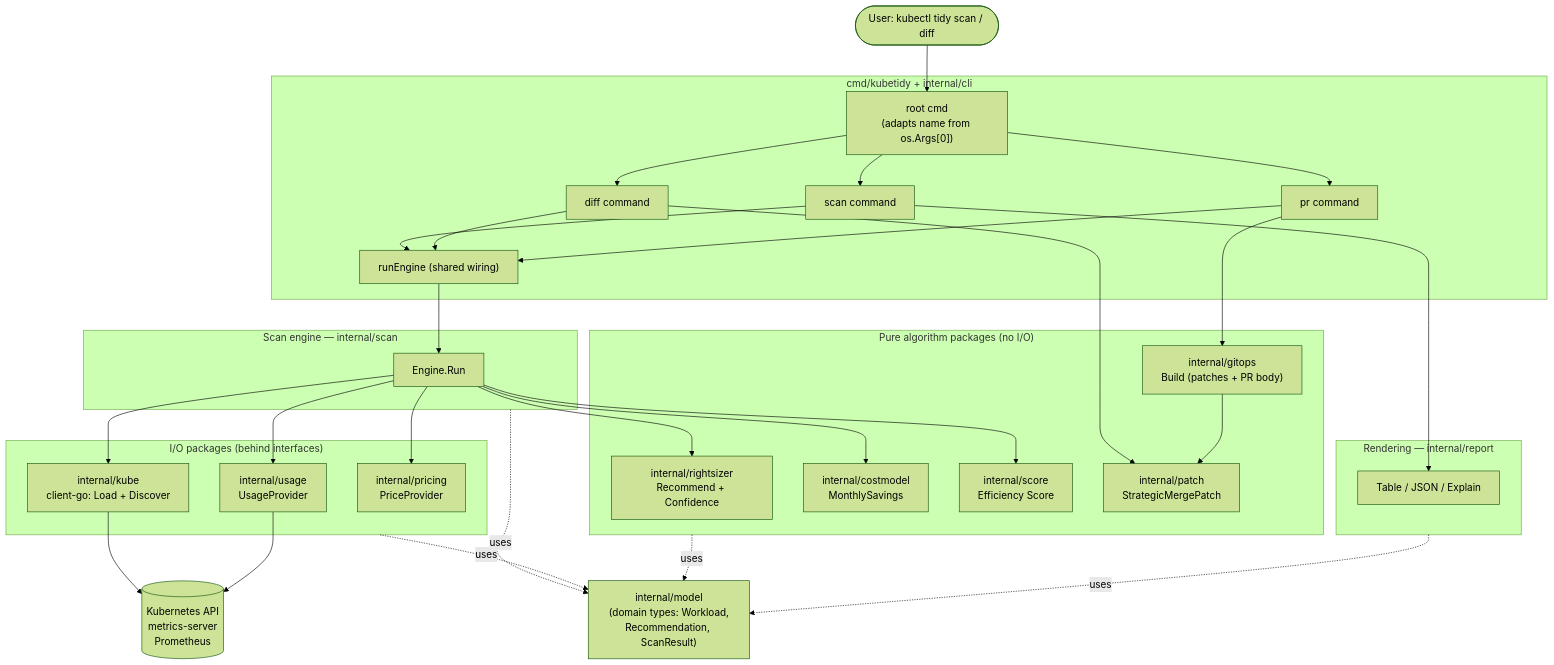
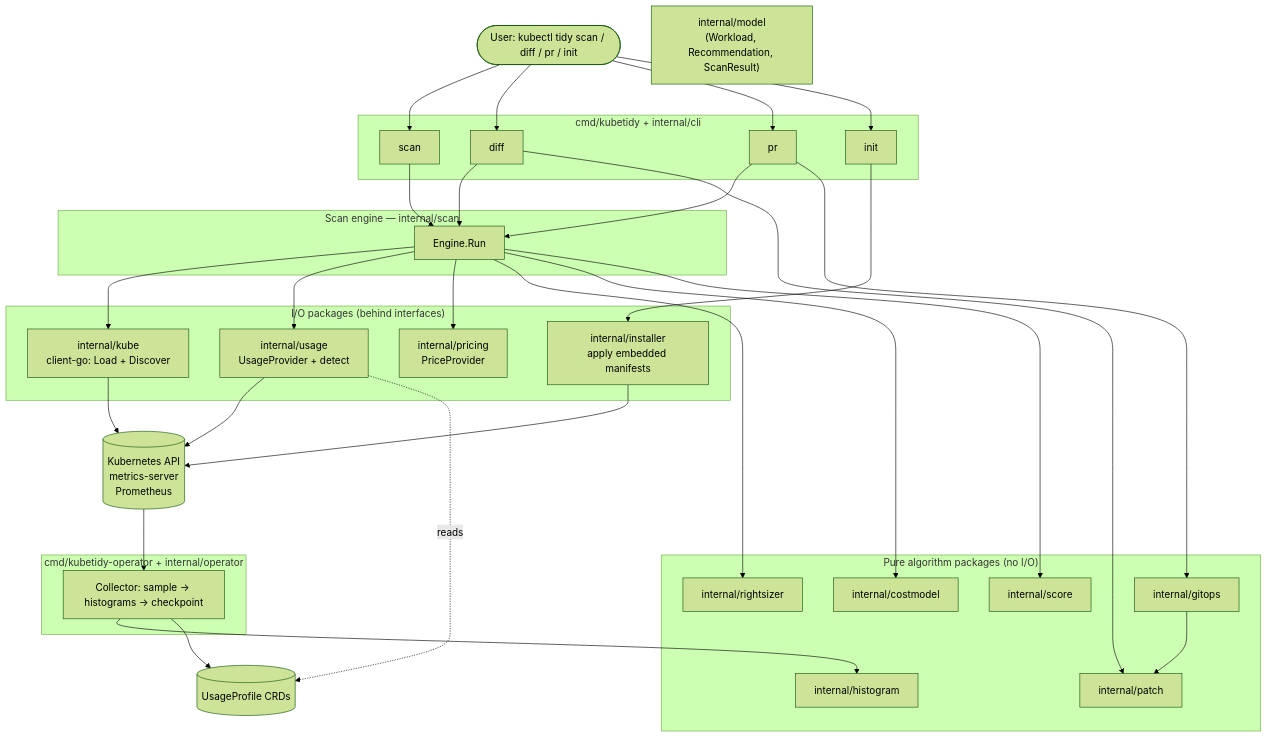
The first of 3 diagrams in docs/ARCHITECTURE.md (mayur-tolexo/kubetidy), drawn with Mermaid (forest theme) before and after one commit. The commit also changed other lines of this file and 3 other files, not shown here.

First line of the commit message:
fix(docs,test): repair corrupted README/ARCHITECTURE, restore ≥80% coverage

````diff
--- a/docs/ARCHITECTURE.md
+++ b/docs/ARCHITECTURE.md
@@ -21,51 +21,53 @@
 ```mermaid
 flowchart TB
-    user([User: kubectl tidy scan / diff])
+    user([User: kubectl tidy scan / diff / pr / init])
 
     subgraph CLI["cmd/kubetidy + internal/cli"]
-        root["root cmd<br/>(adapts name from os.Args[0])"]
-        scancmd["scan command"]
-        diffcmd["diff command"]
-        prcmd["pr command"]
-        enginewire["runEngine (shared wiring)"]
+        scancmd["scan"]
+        diffcmd["diff"]
+        prcmd["pr"]
+        initcmd["init"]
     end
 
     subgraph Core["Scan engine — internal/scan"]
         engine["Engine.Run"]
     end
 
     subgraph IO["I/O packages (behind interfaces)"]
         kube["internal/kube<br/>client-go: Load + Discover"]
-        usage["internal/usage<br/>UsageProvider"]
+        usage["internal/usage<br/>UsageProvider + detect"]
         pricing["internal/pricing<br/>PriceProvider"]
+        installer["internal/installer<br/>apply embedded manifests"]
     end
 
     subgraph Pure["Pure algorithm packages (no I/O)"]
-        rightsizer["internal/rightsizer<br/>Recommend + Confidence"]
-        costmodel["internal/costmodel<br/>MonthlySavings"]
-        score["internal/score<br/>Efficiency Score"]
-        patch["internal/patch<br/>StrategicMergePatch"]
-        gitops["internal/gitops<br/>Build (patches + PR body)"]
+        rightsizer["internal/rightsizer"]
+        costmodel["internal/costmodel"]
+        score["internal/score"]
+        patch["internal/patch"]
+        gitops["internal/gitops"]
+        histogram["internal/histogram"]
     end
 
-    subgraph Out["Rendering — internal/report"]
-        report["Table / JSON / Explain"]
+    subgraph Operator["cmd/kubetidy-operator + internal/operator"]
+        collector["Collector: sample → histograms → checkpoint"]
     end
 
-    model["internal/model<br/>(domain types: Workload,<br/>Recommendation, ScanResult)"]
-
+    model["internal/model<br/>(Workload, Recommendation, ScanResult)"]
+    crd[("UsageProfile CRDs")]
     cluster[("Kubernetes API<br/>metrics-server<br/>Prometheus")]
 
-    user --> root --> scancmd & diffcmd & prcmd --> enginewire --> engine
+    user --> scancmd & diffcmd & prcmd & initcmd
+    scancmd & diffcmd & prcmd --> engine
+    initcmd --> installer --> cluster
     engine --> kube --> cluster
     engine --> usage --> cluster
     engine --> pricing
     engine --> rightsizer & costmodel & score
-    scancmd --> report
     diffcmd --> patch
     prcmd --> gitops --> patch
-    Core -.uses.-> model
-    IO -.uses.-> model
-    Pure -.uses.-> model
-    Out -.uses.-> model
+    collector --> histogram
+    collector --> crd
+    usage -.reads.-> crd
+    cluster --> collector
 ```
````
